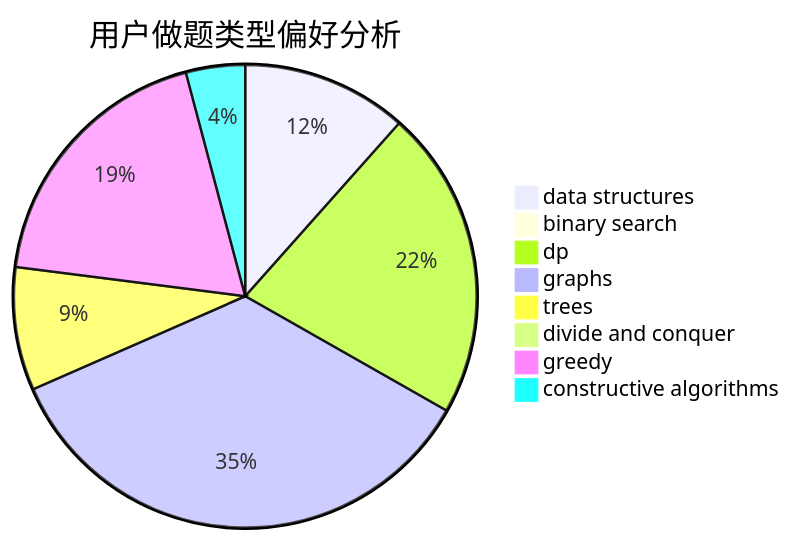
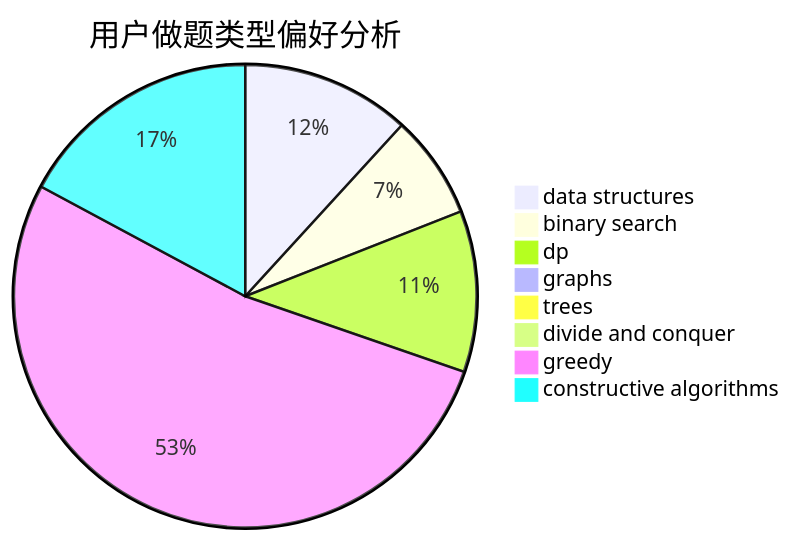
Before and after one commit to sherpahu/cfrs.github.io: the second of 3 diagrams in docs/user/u1494.md, drawn with Mermaid. The commit also changed other lines of this file and 2770 other files, not shown here.

````diff
--- a/docs/user/u1494.md
+++ b/docs/user/u1494.md
@@ -23,11 +23,11 @@
 ```mermaid
 pie title 用户做题类型偏好分析
-    "data structures" :  70
-    "binary search" :  0
-    "dp" :  131
-    "graphs" :  213
-    "trees" :  52
+    "data structures" :  44
+    "binary search" :  27
+    "dp" :  42
+    "graphs" :  0
+    "trees" :  0
     "divide and conquer" :  0
-    "greedy" :  114
-    "constructive algorithms" :  25
+    "greedy" :  196
+    "constructive algorithms" :  64
 ```
````
